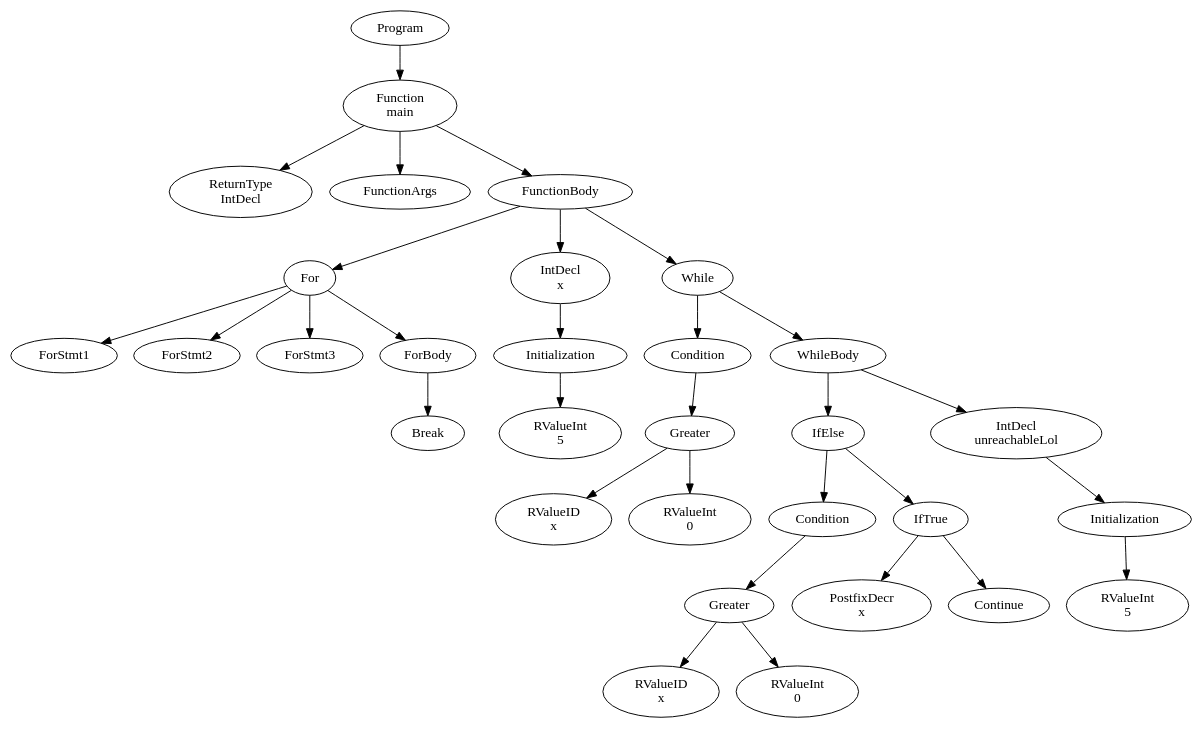
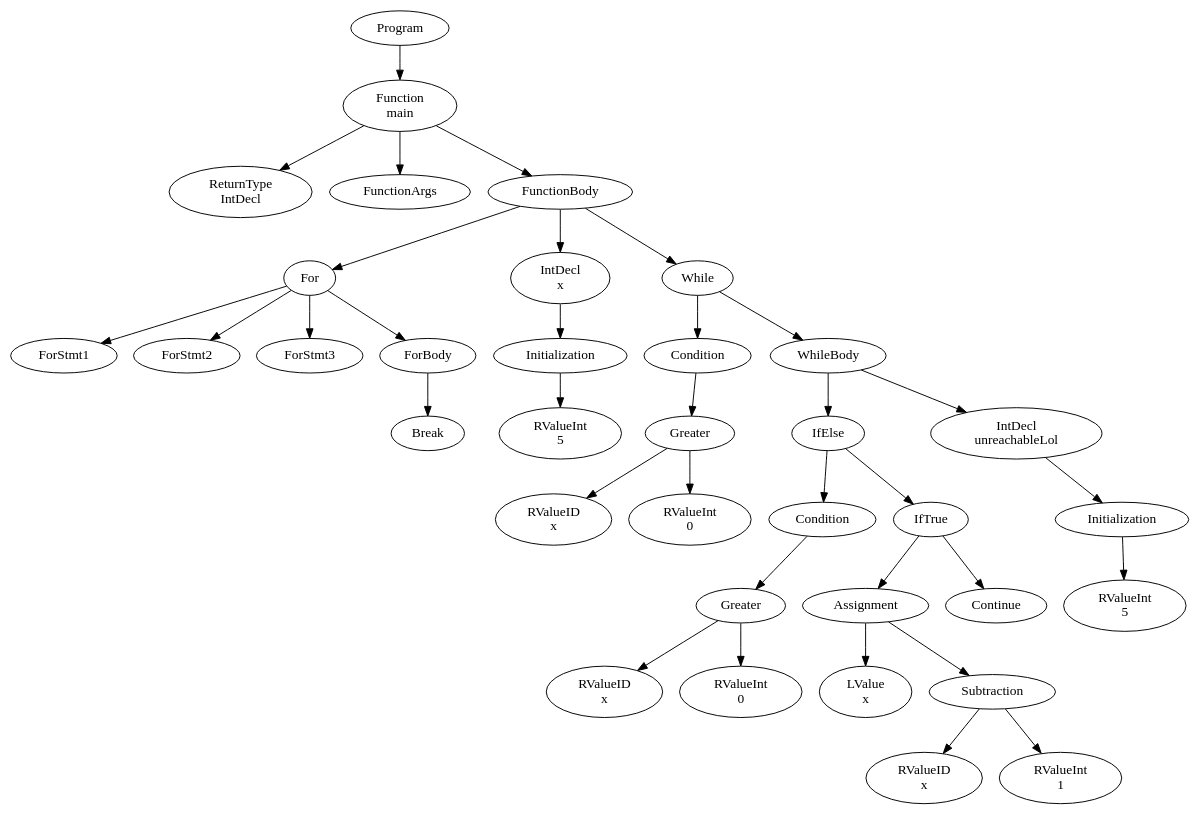
The diagram in official/res/solutions/break_continue.dot (FedericoQuin/Compilers), drawn with Graphviz before and after one commit. The commit also changed 30 other files, not shown here.

```diff
--- a/official/res/solutions/break_continue.dot
+++ b/official/res/solutions/break_continue.dot
@@ -1,63 +1,71 @@
 digraph AST {
 1 [label="Program"];
 2 [label="Function \nmain"];
 3 [label="ReturnType \nIntDecl"];
 4 [label="FunctionArgs"];
 5 [label="FunctionBody"];
 6 [label="For"];
 7 [label="ForStmt1"];
 8 [label="ForStmt2"];
 9 [label="ForStmt3"];
 10 [label="ForBody"];
 11 [label="Break"];
 10 -> 11;
 6 -> 7;
 6 -> 8;
 6 -> 9;
 6 -> 10;
 12 [label="IntDecl \nx"];
 13 [label="Initialization"];
 14 [label="RValueInt \n5"];
 13 -> 14;
 12 -> 13;
 15 [label="While"];
 16 [label="Condition"];
 17 [label="Greater"];
 18 [label="RValueID \nx"];
 19 [label="RValueInt \n0"];
 17 -> 18;
 17 -> 19;
 16 -> 17;
 20 [label="WhileBody"];
 21 [label="IfElse"];
 22 [label="Condition"];
 23 [label="Greater"];
 24 [label="RValueID \nx"];
 25 [label="RValueInt \n0"];
 23 -> 24;
 23 -> 25;
 22 -> 23;
 26 [label="IfTrue"];
-27 [label="PostfixDecr \nx"];
-28 [label="Continue"];
+27 [label="Assignment"];
+28 [label="LValue \nx"];
+29 [label="Subtraction"];
+30 [label="RValueID \nx"];
+31 [label="RValueInt \n1"];
+29 -> 30;
+29 -> 31;
+27 -> 28;
+27 -> 29;
+32 [label="Continue"];
 26 -> 27;
-26 -> 28;
+26 -> 32;
 21 -> 22;
 21 -> 26;
-29 [label="IntDecl \nunreachableLol"];
-30 [label="Initialization"];
-31 [label="RValueInt \n5"];
-30 -> 31;
-29 -> 30;
+33 [label="IntDecl \nunreachableLol"];
+34 [label="Initialization"];
+35 [label="RValueInt \n5"];
+34 -> 35;
+33 -> 34;
 20 -> 21;
-20 -> 29;
+20 -> 33;
 15 -> 16;
 15 -> 20;
 5 -> 6;
 5 -> 12;
 5 -> 15;
 2 -> 3;
 2 -> 4;
 2 -> 5;
 1 -> 2;
 }
```
